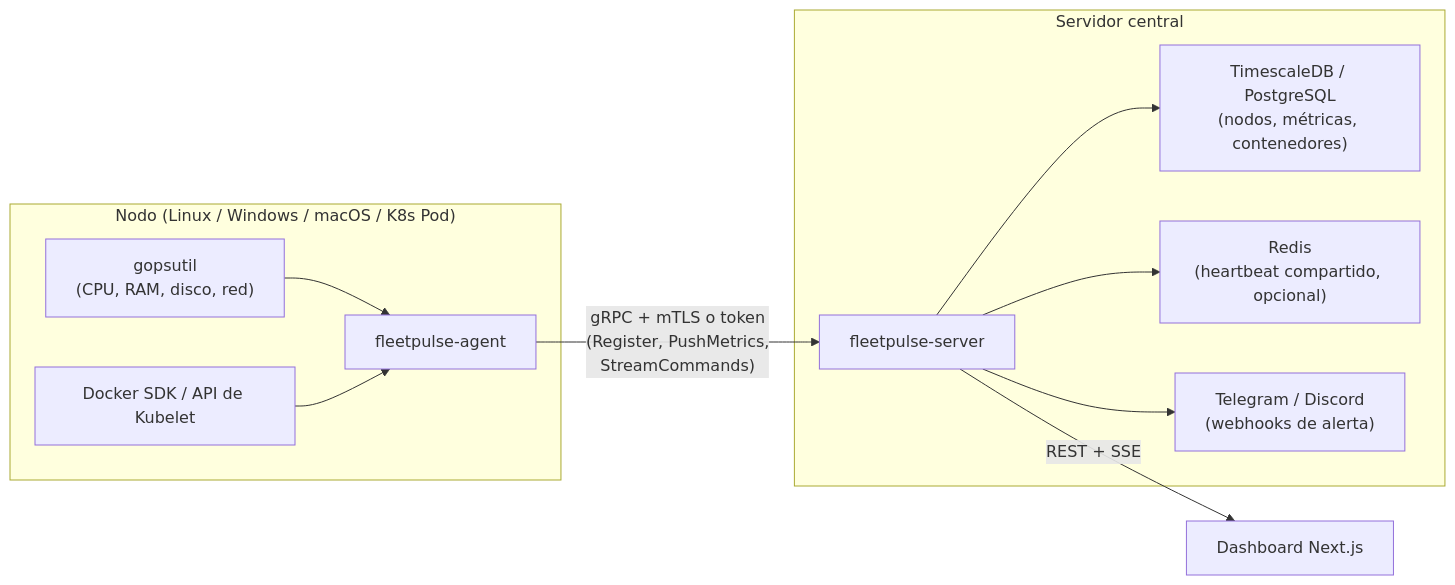
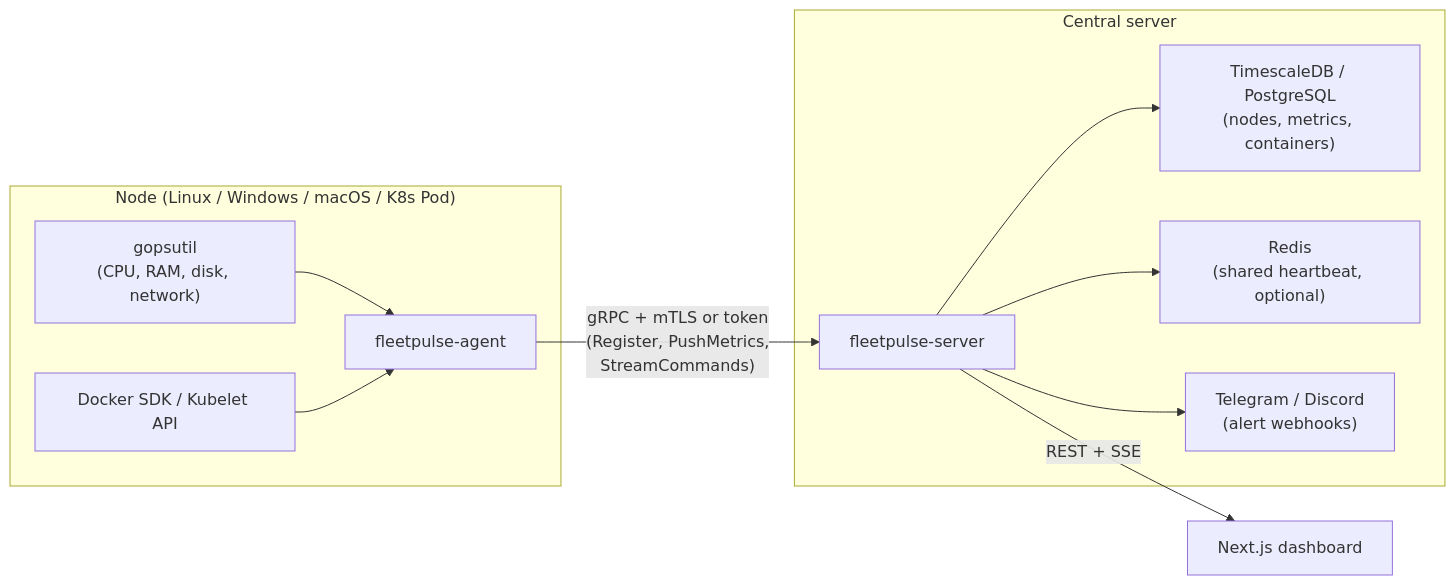
Before and after one commit to gsan-dev/fleetpulse: the diagram in README.md, drawn with Mermaid. The commit also changed other lines of this file, not shown here.

````diff
--- a/README.md
+++ b/README.md
@@ -16,21 +19,21 @@
 ```mermaid
 flowchart LR
-    subgraph Nodo["Nodo (Linux / Windows / macOS / K8s Pod)"]
-        OS["gopsutil<br/>(CPU, RAM, disco, red)"]
-        RT["Docker SDK / API de Kubelet"]
+    subgraph Node["Node (Linux / Windows / macOS / K8s Pod)"]
+        OS["gopsutil<br/>(CPU, RAM, disk, network)"]
+        RT["Docker SDK / Kubelet API"]
         AG["fleetpulse-agent"]
         OS --> AG
         RT --> AG
     end
 
-    AG -- "gRPC + mTLS o token<br/>(Register, PushMetrics,<br/>StreamCommands)" --> SRV
+    AG -- "gRPC + mTLS or token<br/>(Register, PushMetrics,<br/>StreamCommands)" --> SRV
 
-    subgraph Servidor["Servidor central"]
+    subgraph Server["Central server"]
         SRV["fleetpulse-server"]
-        SRV --> PG["TimescaleDB / PostgreSQL<br/>(nodos, métricas, contenedores)"]
-        SRV --> RD["Redis<br/>(heartbeat compartido, opcional)"]
-        SRV --> WH["Telegram / Discord<br/>(webhooks de alerta)"]
+        SRV --> PG["TimescaleDB / PostgreSQL<br/>(nodes, metrics, containers)"]
+        SRV --> RD["Redis<br/>(shared heartbeat, optional)"]
+        SRV --> WH["Telegram / Discord<br/>(alert webhooks)"]
     end
 
-    SRV -- "REST + SSE" --> WEB["Dashboard Next.js"]
+    SRV -- "REST + SSE" --> WEB["Next.js dashboard"]
 ```
````
